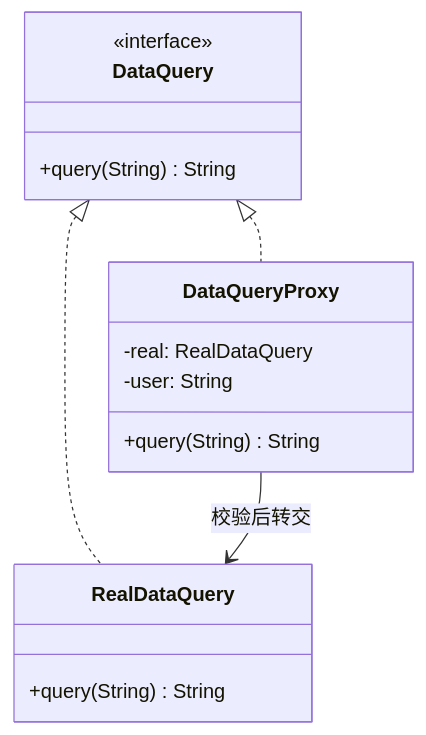
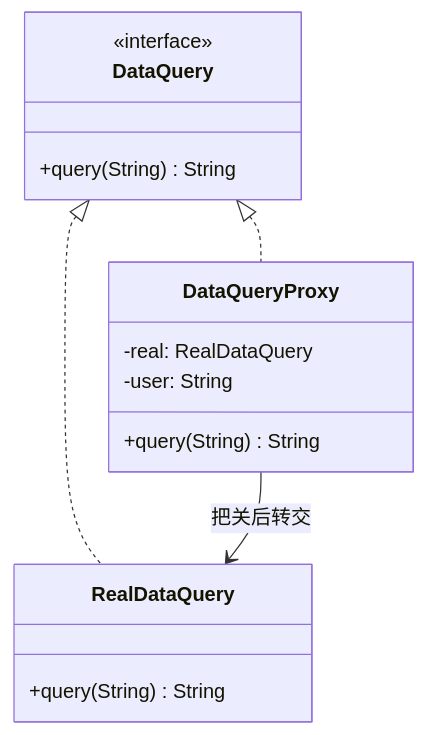
The diagram in chapter_9.md (ZackKingS/Software-Design-Patterns), drawn with Mermaid before and after one commit. The commit also changed other lines of this file, not shown here.

````diff
--- a/chapter_9.md
+++ b/chapter_9.md
@@ -90,18 +111,18 @@
 ```mermaid
 classDiagram
     class DataQuery {
         <<interface>>
         +query(String) String
     }
     class RealDataQuery {
         +query(String) String
     }
     class DataQueryProxy {
         -real: RealDataQuery
         -user: String
         +query(String) String
     }
     DataQuery <|.. RealDataQuery
     DataQuery <|.. DataQueryProxy
-    DataQueryProxy --> RealDataQuery : 校验后转交
+    DataQueryProxy --> RealDataQuery : 把关后转交
 ```
````
